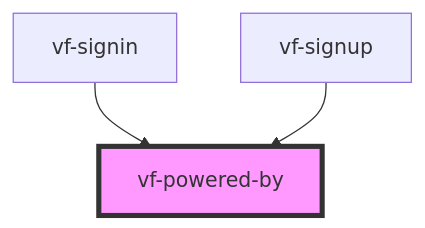
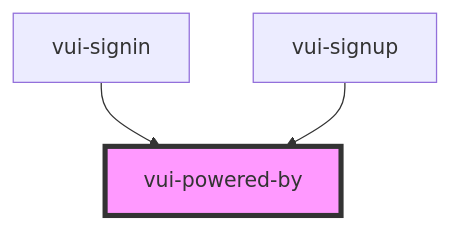
The diagram in packages/stencil-library/src/components/powered-by/readme.md (verite-team/verite-elements), drawn with Mermaid before and after one commit. The commit also changed other lines of this file and 116 other files, not shown here.

````diff
--- a/packages/stencil-library/src/components/powered-by/readme.md
+++ b/packages/stencil-library/src/components/powered-by/readme.md
@@ -23,6 +21,6 @@
 ```mermaid
 graph TD;
-  vf-signin --> vf-powered-by
-  vf-signup --> vf-powered-by
-  style vf-powered-by fill:#f9f,stroke:#333,stroke-width:4px
+  vui-signin --> vui-powered-by
+  vui-signup --> vui-powered-by
+  style vui-powered-by fill:#f9f,stroke:#333,stroke-width:4px
 ```
````
